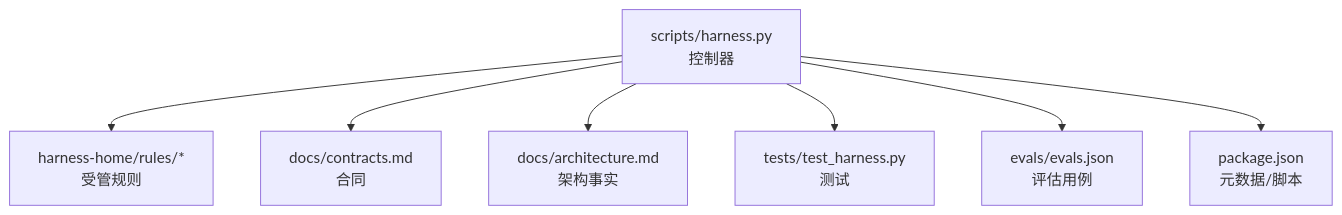
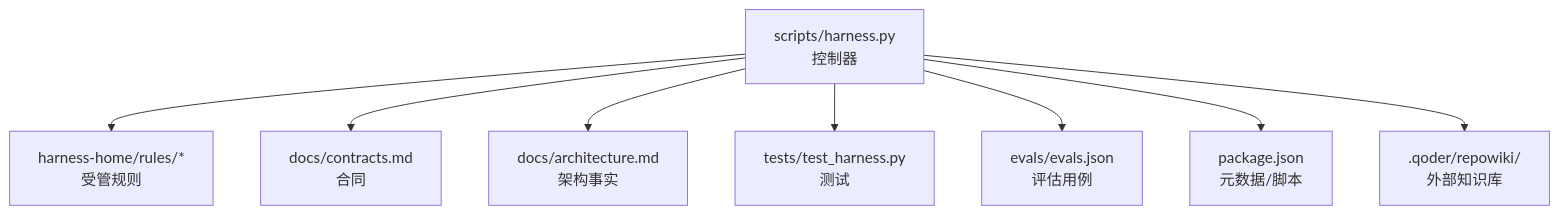
Before and after one commit to HackSing/docs-harness: the first of 8 diagrams in .qoder/repowiki/zh/content/知识管理/知识管理.md, drawn with Mermaid. The commit also changed other lines of this file and 32 other files, not shown here.

````diff
--- a/.qoder/repowiki/zh/content/知识管理/知识管理.md
+++ b/.qoder/repowiki/zh/content/知识管理/知识管理.md
@@ -45,9 +52,10 @@
 ```mermaid
 graph TB
 A["scripts/harness.py<br/>控制器"] --> B["harness-home/rules/*<br/>受管规则"]
 A --> C["docs/contracts.md<br/>合同"]
 A --> D["docs/architecture.md<br/>架构事实"]
 A --> E["tests/test_harness.py<br/>测试"]
 A --> F["evals/evals.json<br/>评估用例"]
 A --> G["package.json<br/>元数据/脚本"]
+A --> H[".qoder/repowiki/<br/>外部知识库"]
 ```
````
